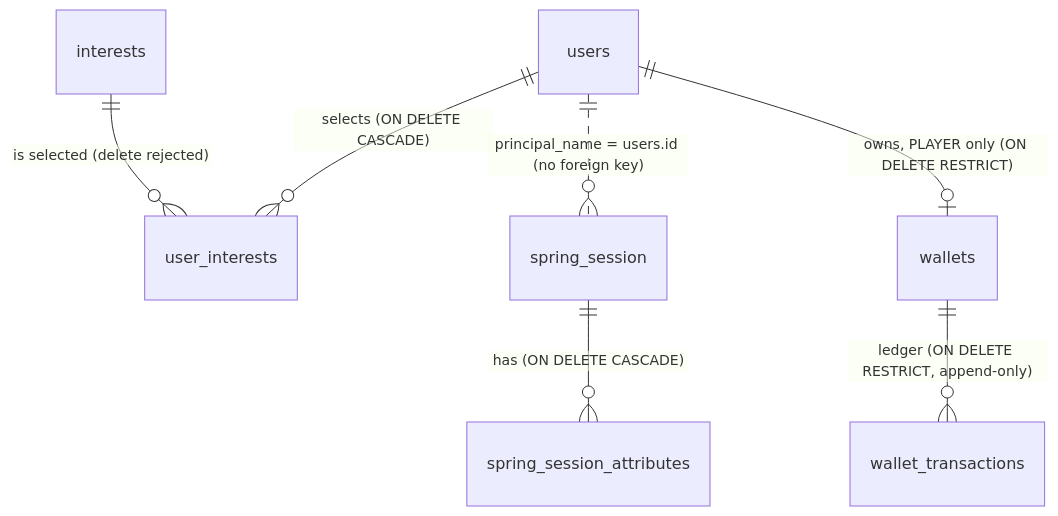
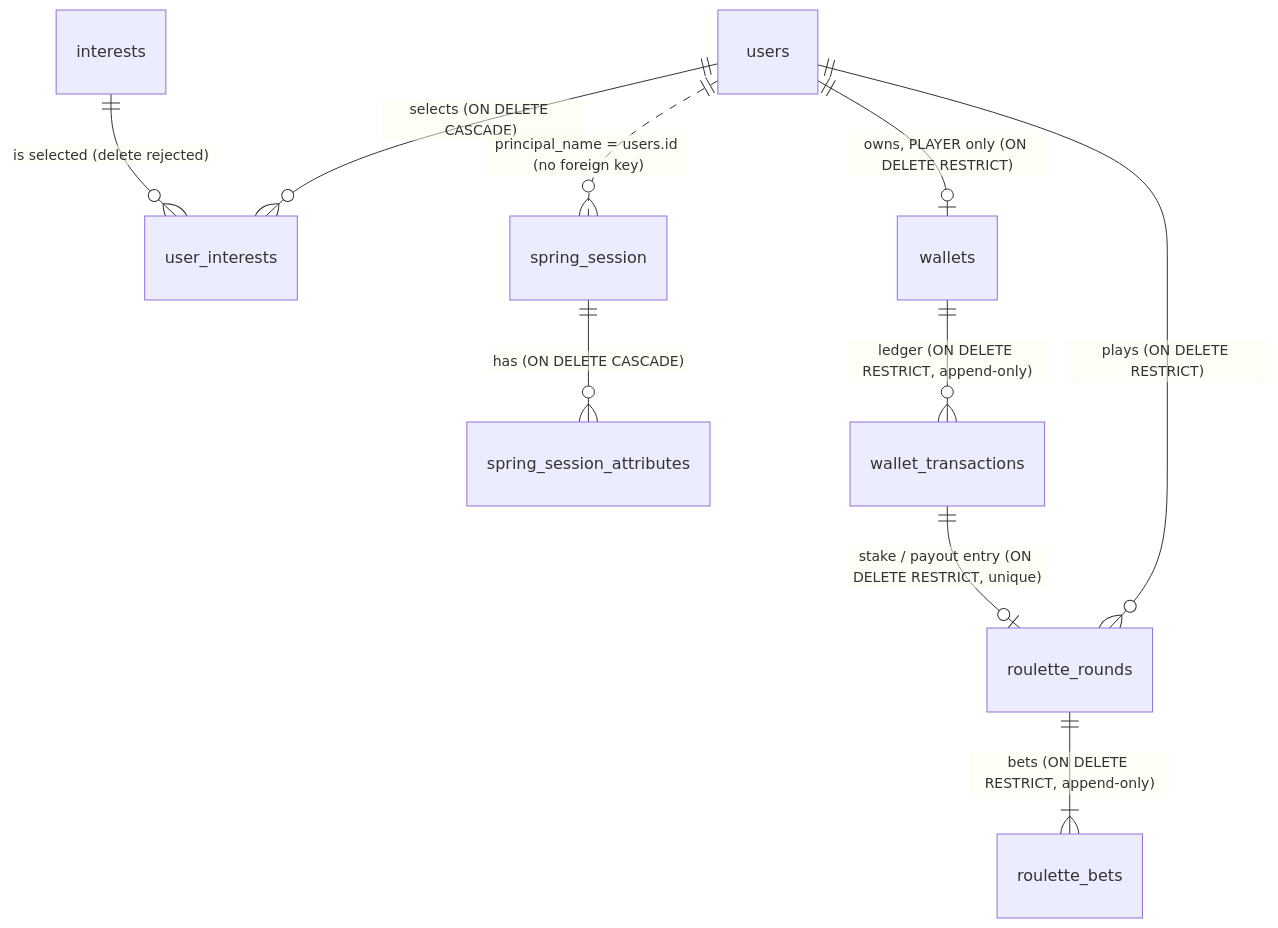
The diagram in docs/database.md (EmilyStoyanova/online-casino-simulator), drawn with Mermaid before and after one commit. The commit also changed other lines of this file and 11 other files, not shown here.

````diff
--- a/docs/database.md
+++ b/docs/database.md
@@ -48,9 +49,12 @@
 ```mermaid
 erDiagram
     users ||--o{ user_interests : "selects (ON DELETE CASCADE)"
     interests ||--o{ user_interests : "is selected (delete rejected)"
     spring_session ||--o{ spring_session_attributes : "has (ON DELETE CASCADE)"
     users ||..o{ spring_session : "principal_name = users.id (no foreign key)"
     users ||--o| wallets : "owns, PLAYER only (ON DELETE RESTRICT)"
     wallets ||--o{ wallet_transactions : "ledger (ON DELETE RESTRICT, append-only)"
+    users ||--o{ roulette_rounds : "plays (ON DELETE RESTRICT)"
+    wallet_transactions ||--o| roulette_rounds : "stake / payout entry (ON DELETE RESTRICT, unique)"
+    roulette_rounds ||--|{ roulette_bets : "bets (ON DELETE RESTRICT, append-only)"
 ```
````
